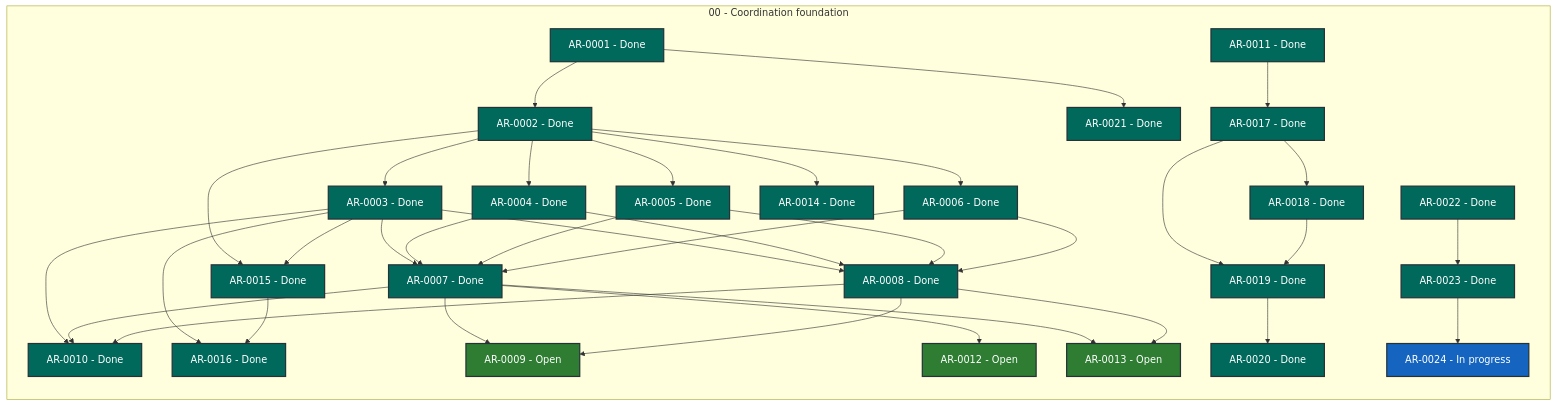
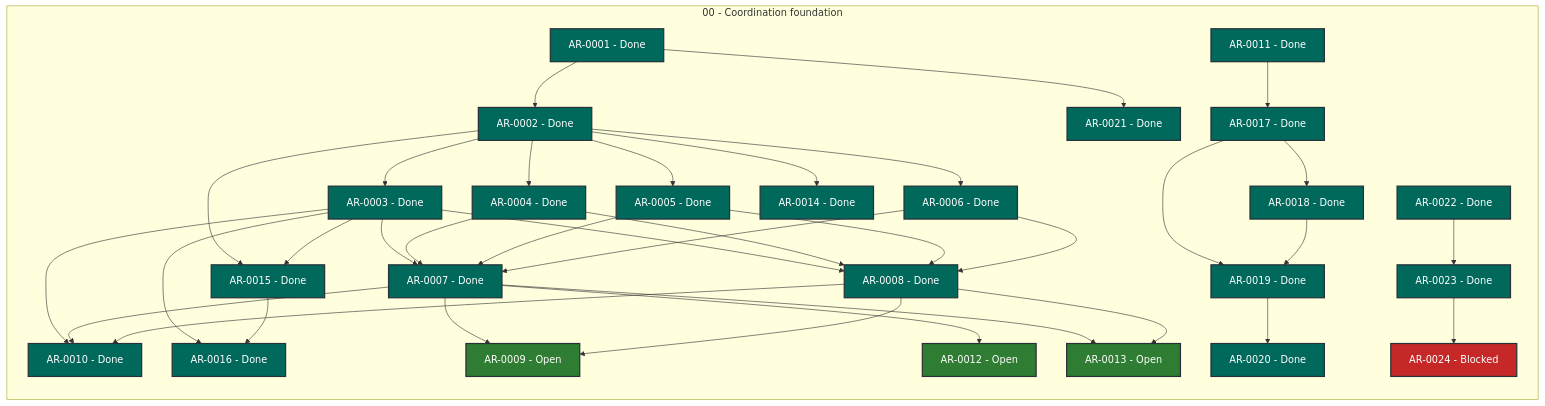
Before and after one commit to martin-beck/agent-workflow-coordinator-state: the diagram in STATUS.md, drawn with Mermaid. The commit also changed other lines of this file and 2 other files, not shown here.

````diff
--- a/STATUS.md
+++ b/STATUS.md
@@ -27,72 +27,72 @@
 ```mermaid
 flowchart LR
     subgraph series_00["00 - Coordination foundation"]
         direction TB
         AR_0001["AR-0001 - Done"]:::status_done
         AR_0002["AR-0002 - Done"]:::status_done
         AR_0003["AR-0003 - Done"]:::status_done
         AR_0004["AR-0004 - Done"]:::status_done
         AR_0005["AR-0005 - Done"]:::status_done
         AR_0006["AR-0006 - Done"]:::status_done
         AR_0007["AR-0007 - Done"]:::status_done
         AR_0008["AR-0008 - Done"]:::status_done
         AR_0009["AR-0009 - Open"]:::status_open
         AR_0010["AR-0010 - Done"]:::status_done
         AR_0011["AR-0011 - Done"]:::status_done
         AR_0012["AR-0012 - Open"]:::status_open
         AR_0013["AR-0013 - Open"]:::status_open
         AR_0014["AR-0014 - Done"]:::status_done
         AR_0015["AR-0015 - Done"]:::status_done
         AR_0016["AR-0016 - Done"]:::status_done
         AR_0017["AR-0017 - Done"]:::status_done
         AR_0018["AR-0018 - Done"]:::status_done
         AR_0019["AR-0019 - Done"]:::status_done
         AR_0020["AR-0020 - Done"]:::status_done
         AR_0021["AR-0021 - Done"]:::status_done
         AR_0022["AR-0022 - Done"]:::status_done
         AR_0023["AR-0023 - Done"]:::status_done
-        AR_0024["AR-0024 - In progress"]:::status_in_progress
+        AR_0024["AR-0024 - Blocked"]:::status_blocked
     end
     AR_0001 --> AR_0002
     AR_0001 --> AR_0021
     AR_0002 --> AR_0003
     AR_0002 --> AR_0004
     AR_0002 --> AR_0005
     AR_0002 --> AR_0006
     AR_0002 --> AR_0014
     AR_0002 --> AR_0015
     AR_0003 --> AR_0007
     AR_0003 --> AR_0008
     AR_0003 --> AR_0010
     AR_0003 --> AR_0015
     AR_0003 --> AR_0016
     AR_0004 --> AR_0007
     AR_0004 --> AR_0008
     AR_0005 --> AR_0007
     AR_0005 --> AR_0008
     AR_0006 --> AR_0007
     AR_0006 --> AR_0008
     AR_0007 --> AR_0009
     AR_0007 --> AR_0010
     AR_0007 --> AR_0012
     AR_0007 --> AR_0013
     AR_0008 --> AR_0009
     AR_0008 --> AR_0010
     AR_0008 --> AR_0013
     AR_0011 --> AR_0017
     AR_0015 --> AR_0016
     AR_0017 --> AR_0018
     AR_0017 --> AR_0019
     AR_0018 --> AR_0019
     AR_0019 --> AR_0020
     AR_0022 --> AR_0023
     AR_0023 --> AR_0024
     classDef status_in_progress fill:#1565c0,color:#ffffff,stroke:#263238,stroke-width:2px
     classDef status_open fill:#2e7d32,color:#ffffff,stroke:#263238,stroke-width:2px
     classDef status_blocked fill:#c62828,color:#ffffff,stroke:#263238,stroke-width:2px
     classDef status_planned fill:#6a1b9a,color:#ffffff,stroke:#263238,stroke-width:2px
     classDef status_future fill:#455a64,color:#ffffff,stroke:#263238,stroke-width:2px
     classDef status_done fill:#00695c,color:#ffffff,stroke:#263238,stroke-width:2px
     classDef status_cancelled fill:#616161,color:#ffffff,stroke:#263238,stroke-width:2px
     classDef status_superseded fill:#5d4037,color:#ffffff,stroke:#263238,stroke-width:2px
 ```
````
